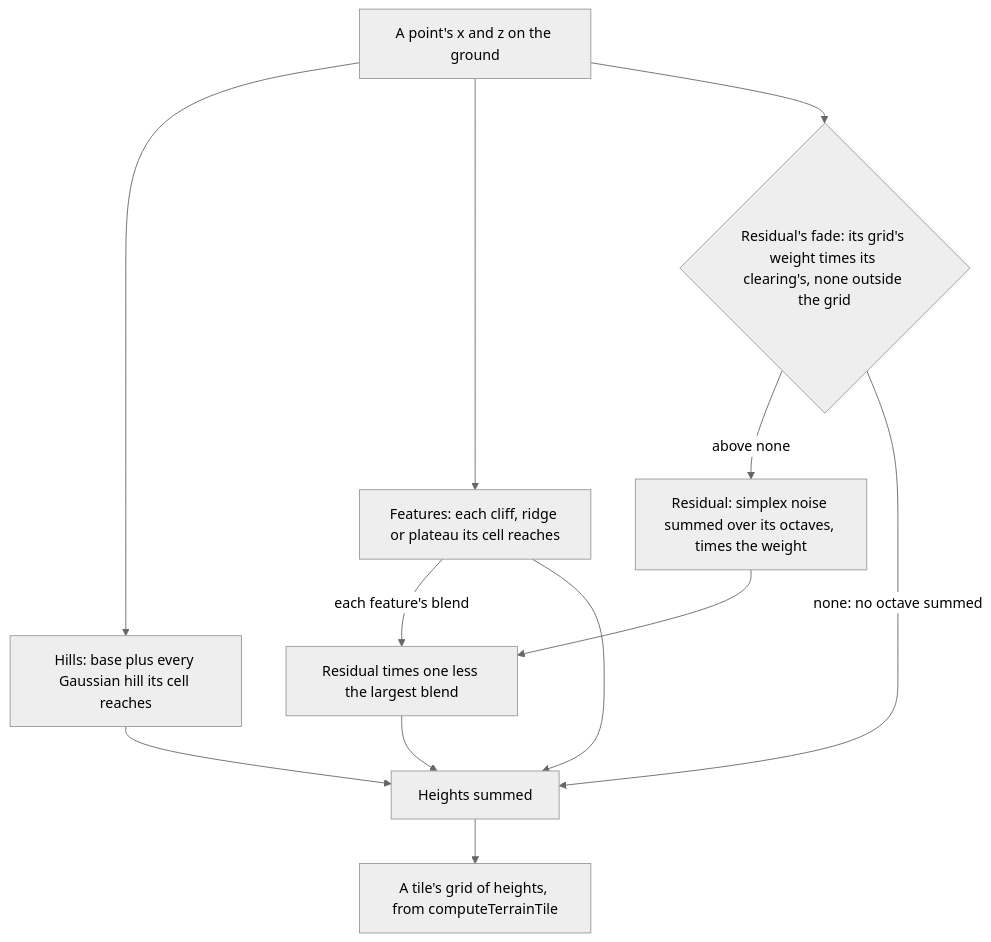
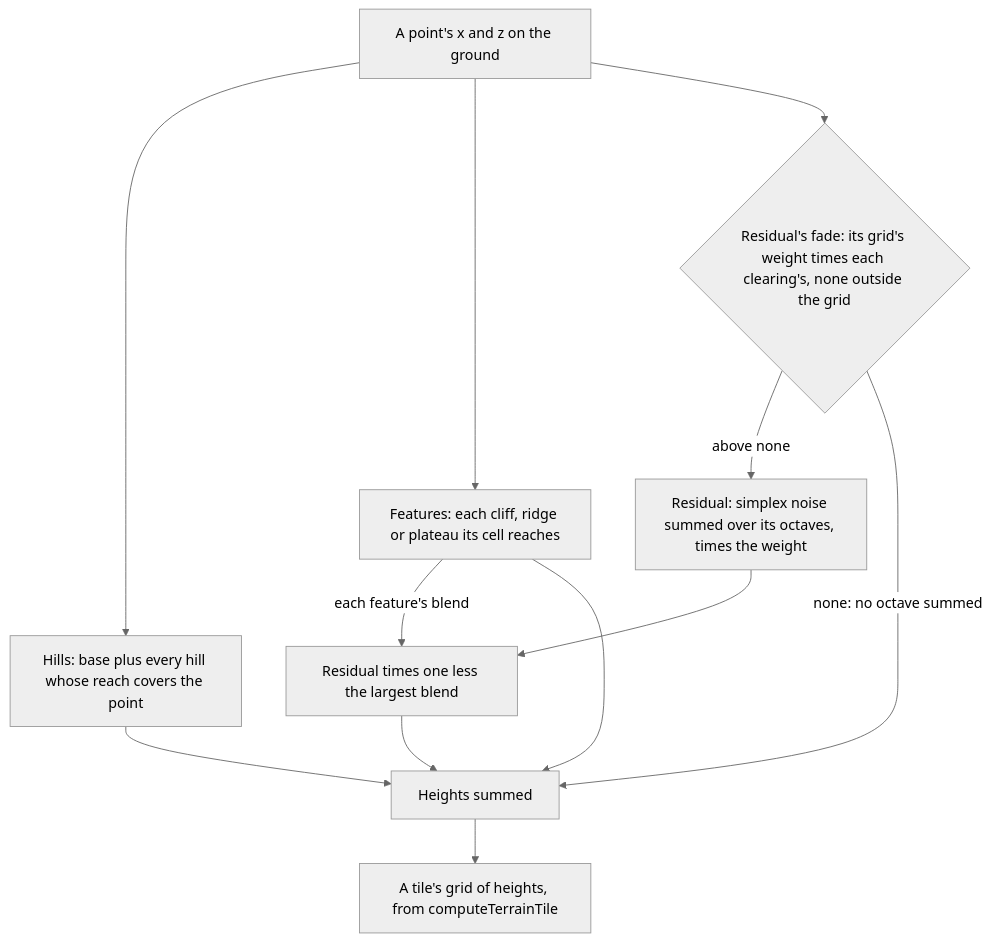
One commit to Esposter/Esposter changed the diagram in apps/web/content/docs/genshin/terrain-shape-height.md. Above: the diagram before and after it, drawn with Mermaid (neutral theme). The commit also changed other lines of this file and 10 other files, not shown here.

First line of the commit message:
feat(genshin-parity): the residual is cleared from every place a region file stands a landmark on inside the fitted extent

````diff
--- a/apps/web/content/docs/genshin/terrain-shape-height.md
+++ b/apps/web/content/docs/genshin/terrain-shape-height.md
@@ -12,14 +12,14 @@
 ```mermaid
 flowchart TD
-  PT["A point's x and z on the ground"] --> HL["Hills: base plus every Gaussian hill its cell reaches"]
+  PT["A point's x and z on the ground"] --> HL["Hills: base plus every hill whose reach covers the point"]
   PT --> FT["Features: each cliff, ridge or plateau its cell reaches"]
-  PT --> FD{"Residual's fade: its grid's weight times its clearing's, none outside the grid"}
+  PT --> FD{"Residual's fade: its grid's weight times each clearing's, none outside the grid"}
   FD -->|"above none"| RS["Residual: simplex noise summed over its octaves, times the weight"]
   FD -->|"none: no octave summed"| SUM["Heights summed"]
   FT -->|"each feature's blend"| CL["Residual times one less the largest blend"]
   RS --> CL
   CL --> SUM
   HL --> SUM
   FT --> SUM
   SUM --> TILE["A tile's grid of heights, from computeTerrainTile"]
 ```
````
